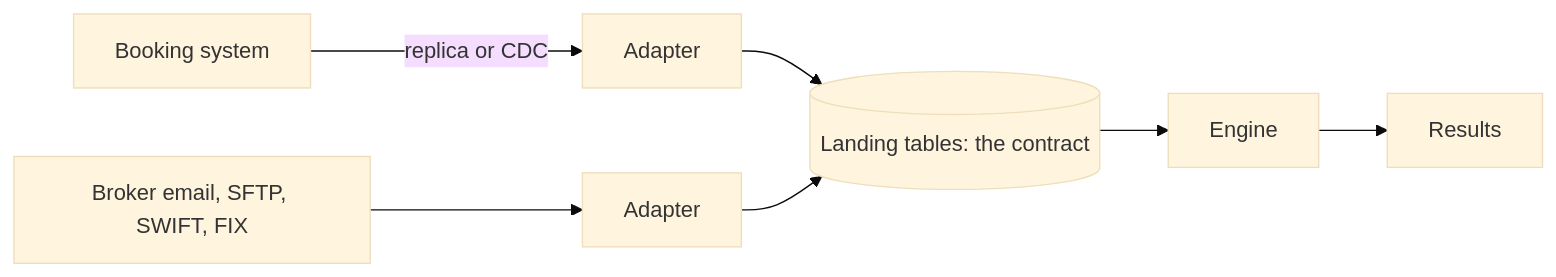
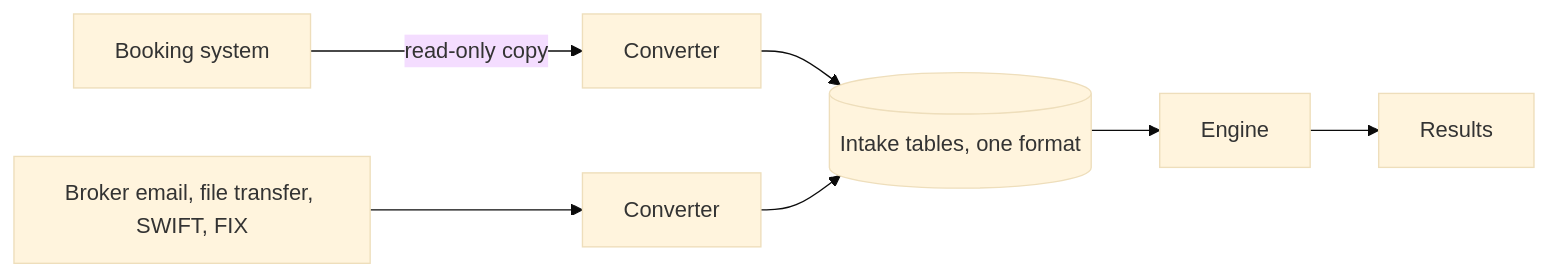
The sixth of 6 diagrams in DESIGN.md (gongyuchenggong/counterfoil), drawn with Mermaid (base theme) before and after one commit. The commit also changed other lines of this file and 14 other files, not shown here.

````diff
--- a/DESIGN.md
+++ b/DESIGN.md
@@ -185,9 +147,9 @@
 ```mermaid
 flowchart LR
     accTitle: Production data flow
-    booking["Booking system"] -- "replica or CDC" --> a1["Adapter"]
-    broker["Broker email, SFTP, SWIFT, FIX"] --> a2["Adapter"]
-    a1 --> landing[("Landing tables: the contract")]
+    booking["Booking system"] -- "read-only copy" --> a1["Converter"]
+    broker["Broker email, file transfer, SWIFT, FIX"] --> a2["Converter"]
+    a1 --> landing[("Intake tables, one format")]
     a2 --> landing
     landing --> engine["Engine"] --> results["Results"]
 ```
````
